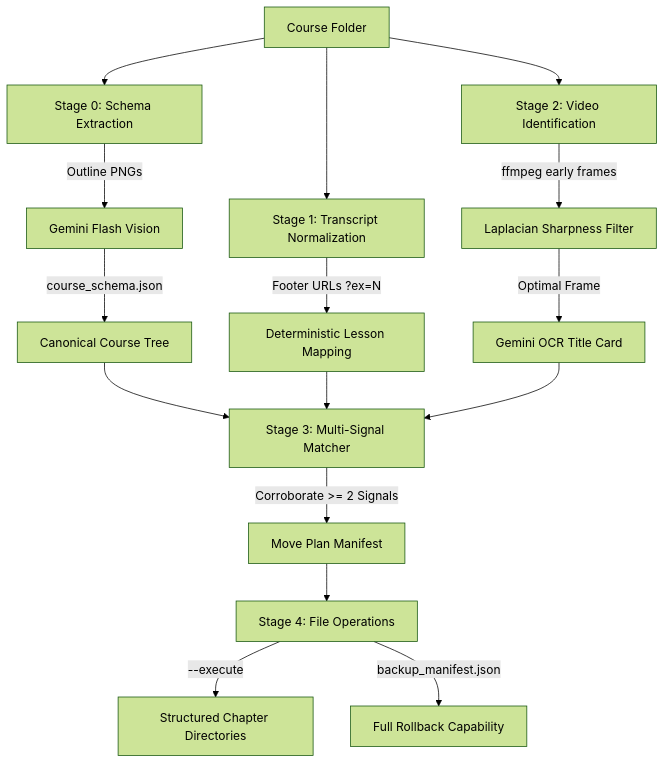
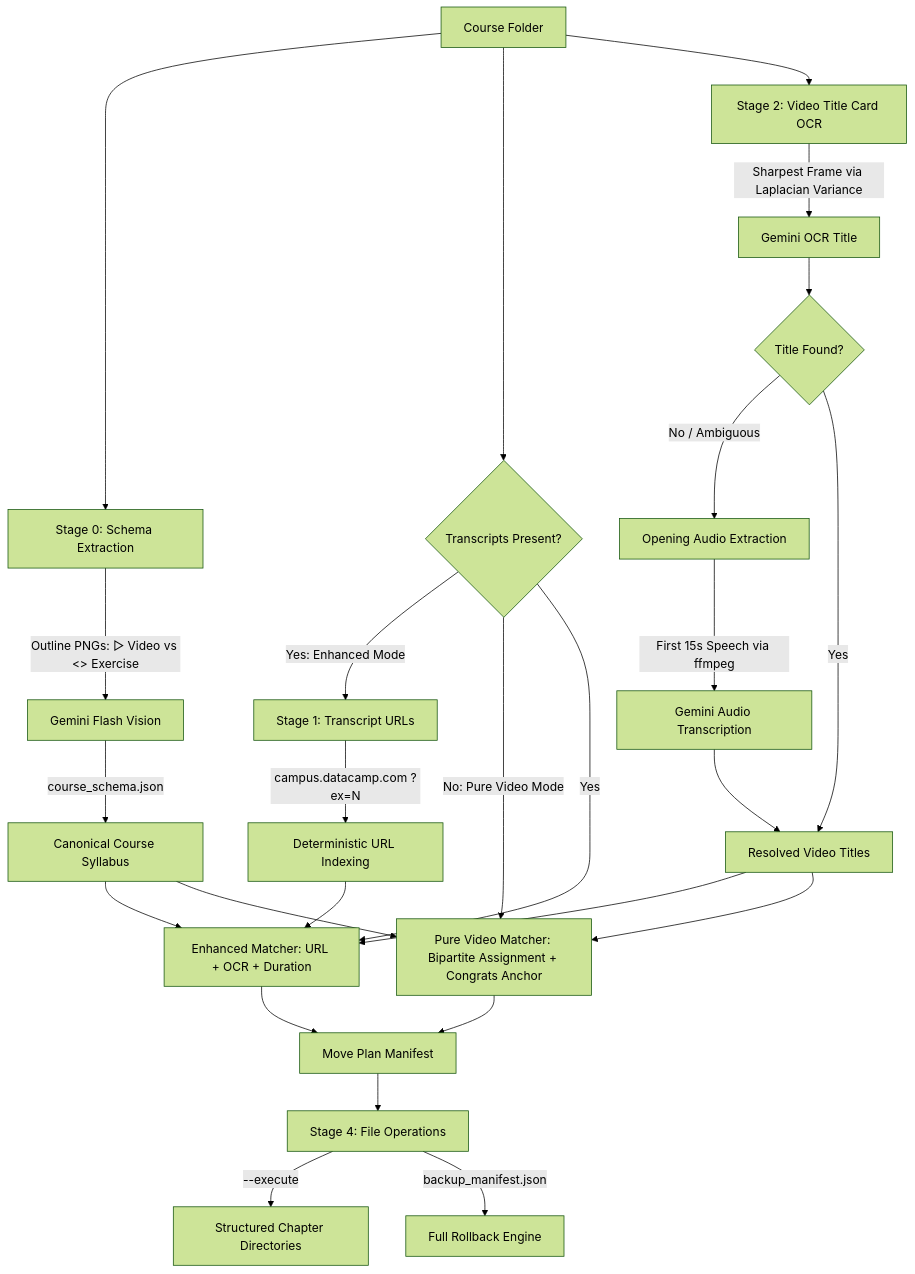
The diagram in README.md (joejamal029/datacamp-course-resequencer), drawn with Mermaid (forest theme) before and after one commit. The commit also changed other lines of this file and 8 other files, not shown here.

First line of the commit message:
feat: implement pure video mode with audio fallback and bipartite matching

````diff
--- a/README.md
+++ b/README.md
@@ -122,20 +134,30 @@
 ```mermaid
 flowchart TD
     A[Course Folder] --> B[Stage 0: Schema Extraction]
-    B -->|Outline PNGs| B1[Gemini Flash Vision]
-    B1 -->|course_schema.json| C[Canonical Course Tree]
+    B -->|Outline PNGs: ▷ Video vs <> Exercise| B1[Gemini Flash Vision]
+    B1 -->|course_schema.json| C[Canonical Course Syllabus]
 
-    A --> D[Stage 1: Transcript Normalization]
-    D -->|Footer URLs ?ex=N| E[Deterministic Lesson Mapping]
+    A --> DET{Transcripts Present?}
 
-    A --> F[Stage 2: Video Identification]
-    F -->|ffmpeg early frames| G[Laplacian Sharpness Filter]
-    G -->|Optimal Frame| H[Gemini OCR Title Card]
+    DET -->|Yes: Enhanced Mode| D[Stage 1: Transcript URLs]
+    D -->|campus.datacamp.com ?ex=N| E[Deterministic URL Indexing]
 
-    C & E & H --> I[Stage 3: Multi-Signal Matcher]
-    I -->|Corroborate >= 2 Signals| J[Move Plan Manifest]
+    A --> F[Stage 2: Video Title Card OCR]
+    F -->|Sharpest Frame via Laplacian Variance| G[Gemini OCR Title]
+    G --> H{Title Found?}
+    H -->|No / Ambiguous| HF[Opening Audio Extraction]
+    HF -->|First 15s Speech via ffmpeg| HG[Gemini Audio Transcription]
+    H -->|Yes| I[Resolved Video Titles]
+    HG --> I
 
+    C & E & I --> M1[Enhanced Matcher: URL + OCR + Duration]
+    C & I --> M2[Pure Video Matcher: Bipartite Assignment + Congrats Anchor]
+
+    DET -->|No: Pure Video Mode| M2
+    DET -->|Yes| M1
+
+    M1 & M2 --> J[Move Plan Manifest]
     J --> K[Stage 4: File Operations]
     K -->|--execute| L[Structured Chapter Directories]
-    K -->|backup_manifest.json| M[Full Rollback Capability]
+    K -->|backup_manifest.json| M[Full Rollback Engine]
 ```
````
